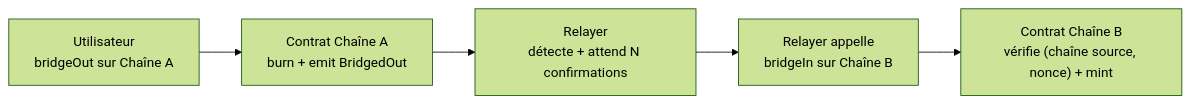
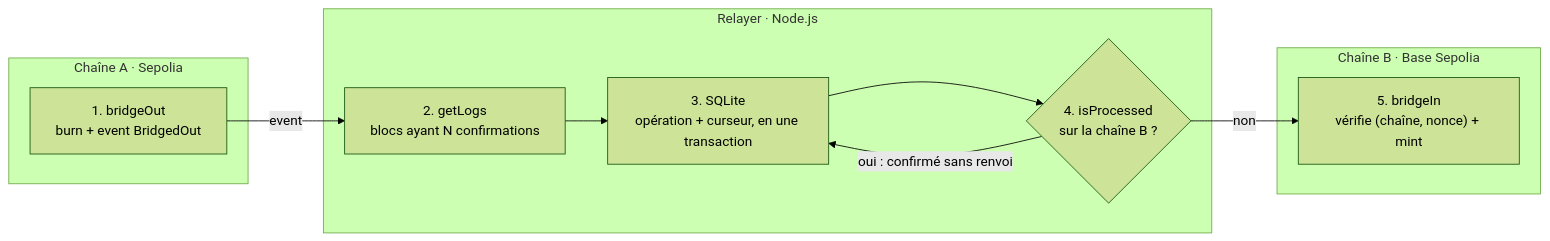
Before and after one commit to RayaneChCh-dev/mini-bridge-evm: the diagram in README.md, drawn with Mermaid (forest theme). The commit also changed other lines of this file and 3 other files, not shown here.

Commit message:
README complet : architecture, choix techniques, preuves on-chain, limites

````diff
--- a/README.md
+++ b/README.md
@@ -7,7 +28,17 @@
 ```mermaid
 flowchart LR
-  U["Utilisateur<br/>bridgeOut sur Chaîne A"] --> A["Contrat Chaîne A<br/>burn + emit BridgedOut"]
-  A --> R["Relayer<br/>détecte + attend N confirmations"]
-  R --> R2["Relayer appelle<br/>bridgeIn sur Chaîne B"]
-  R2 --> B["Contrat Chaîne B<br/>vérifie (chaîne source, nonce) + mint"]
+  subgraph A["Chaîne A · Sepolia"]
+    A1["1. bridgeOut<br/>burn + event BridgedOut"]
+  end
+  subgraph R["Relayer · Node.js"]
+    R1["2. getLogs<br/>blocs ayant N confirmations"]
+    R2["3. SQLite<br/>opération + curseur, en une transaction"]
+    R3{"4. isProcessed<br/>sur la chaîne B ?"}
+  end
+  subgraph B["Chaîne B · Base Sepolia"]
+    B1["5. bridgeIn<br/>vérifie (chaîne, nonce) + mint"]
+  end
+  A1 -- event --> R1 --> R2 --> R3
+  R3 -- non --> B1
+  R3 -- "oui : confirmé sans renvoi" --> R2
 ```
````
